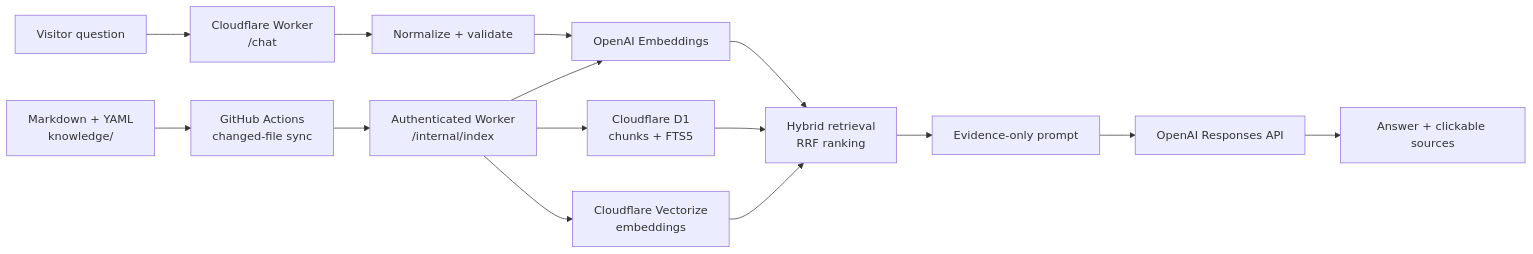
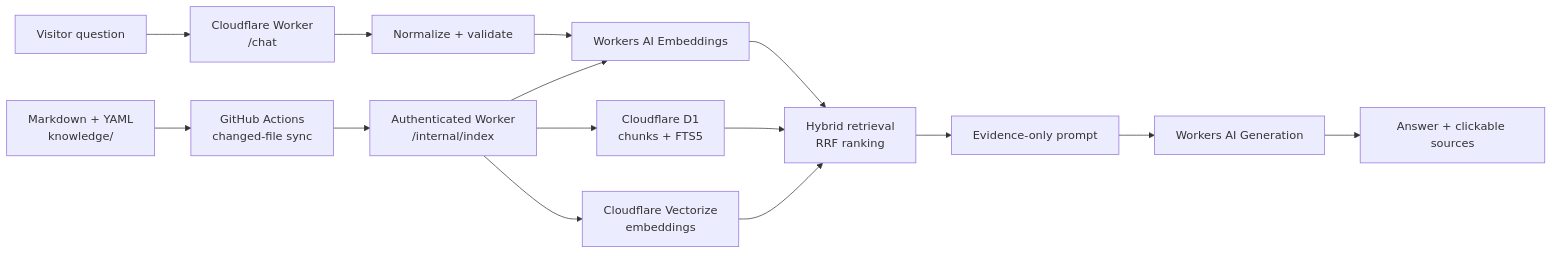
Before and after one commit to mantoshkumar1/mantoshkumar1.github.io: the first of 2 diagrams in chat-worker/docs/RAG_ARCHITECTURE.md, drawn with Mermaid. The commit also changed other lines of this file and 58 other files, not shown here.

````diff
--- a/chat-worker/docs/RAG_ARCHITECTURE.md
+++ b/chat-worker/docs/RAG_ARCHITECTURE.md
@@ -9,17 +9,17 @@
 ```mermaid
 flowchart LR
   A["Markdown + YAML\nknowledge/"] --> B["GitHub Actions\nchanged-file sync"]
   B --> C["Authenticated Worker\n/internal/index"]
-  C --> D["OpenAI Embeddings"]
+  C --> D["Workers AI Embeddings"]
   C --> E["Cloudflare D1\nchunks + FTS5"]
   C --> F["Cloudflare Vectorize\nembeddings"]
   U["Visitor question"] --> W["Cloudflare Worker\n/chat"]
   W --> Q["Normalize + validate"]
   Q --> D
   D --> H["Hybrid retrieval\nRRF ranking"]
   E --> H
   F --> H
   H --> P["Evidence-only prompt"]
-  P --> R["OpenAI Responses API"]
+  P --> R["Workers AI Generation"]
   R --> S["Answer + clickable sources"]
 ```
````
